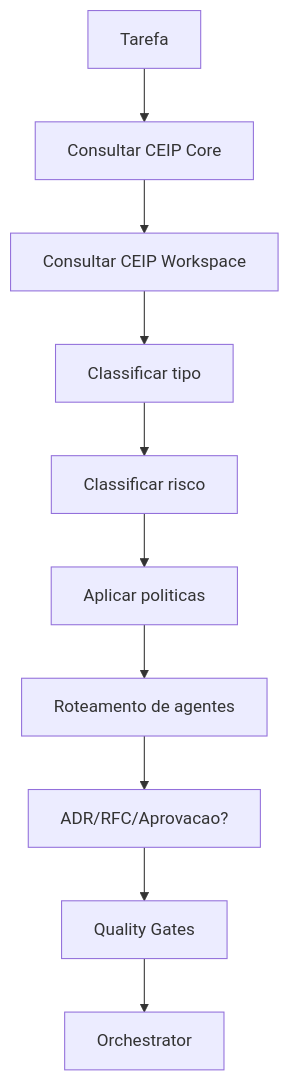
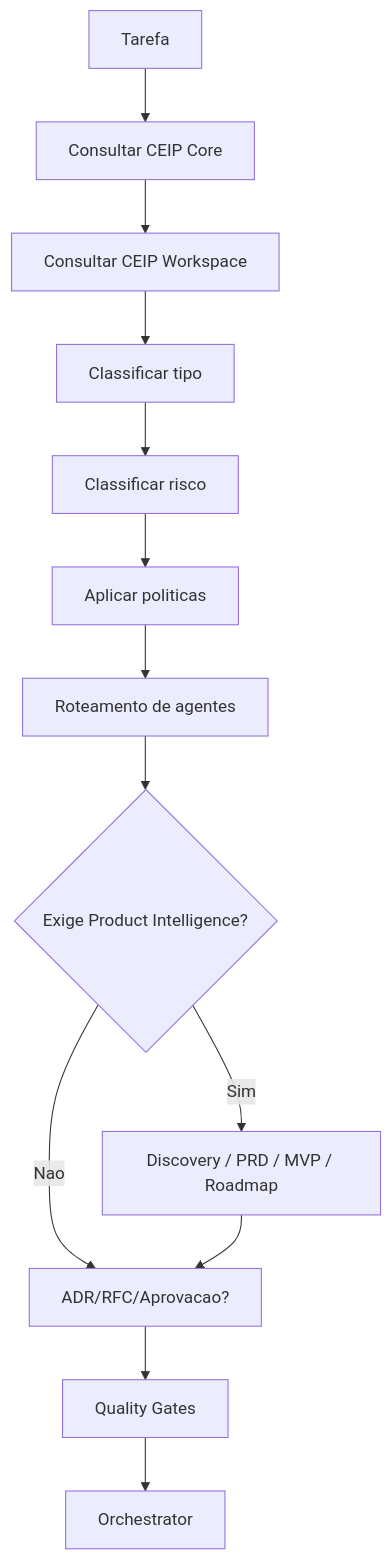
The diagram in POLICY_ENGINE.md (thyags/method-ceip), drawn with Mermaid before and after one commit. The commit also changed other lines of this file and 103 other files, not shown here.

Commit message:
Add Product Intelligence System

````diff
--- a/POLICY_ENGINE.md
+++ b/POLICY_ENGINE.md
@@ -46,12 +51,15 @@
 ```mermaid
 flowchart TD
     A["Tarefa"] --> A1["Consultar CEIP Core"]
     A1 --> A2["Consultar CEIP Workspace"]
     A2 --> B["Classificar tipo"]
     B --> C["Classificar risco"]
     C --> D["Aplicar politicas"]
     D --> E["Roteamento de agentes"]
-    E --> F["ADR/RFC/Aprovacao?"]
+    E --> E1{"Exige Product Intelligence?"}
+    E1 -->|Sim| E2["Discovery / PRD / MVP / Roadmap"]
+    E1 -->|Nao| F["ADR/RFC/Aprovacao?"]
+    E2 --> F
     F --> G["Quality Gates"]
     G --> H["Orchestrator"]
 ```
````
